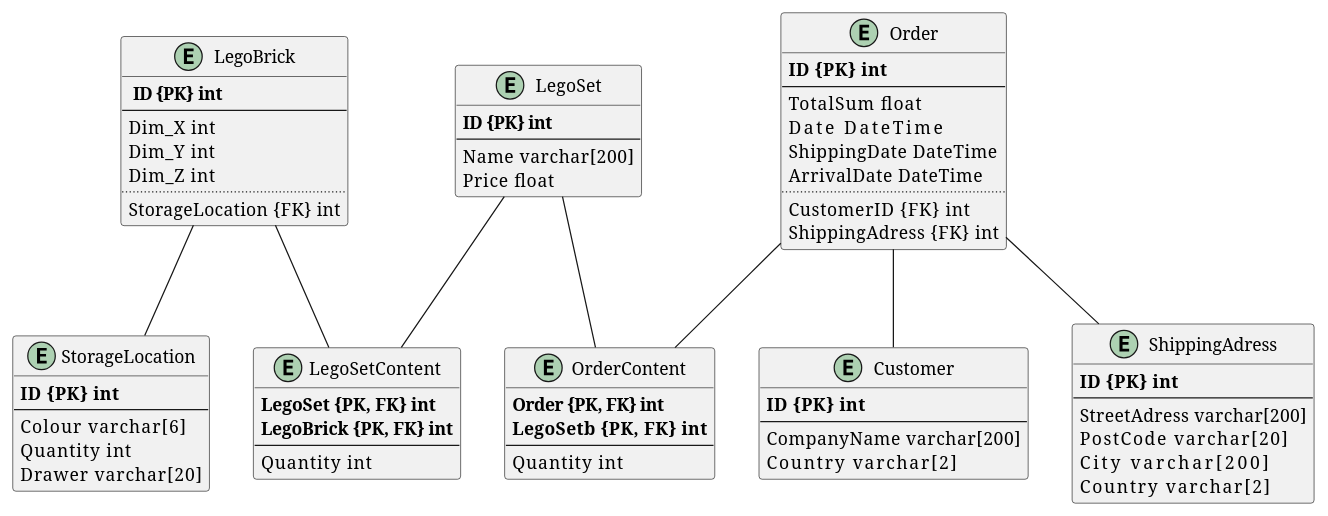
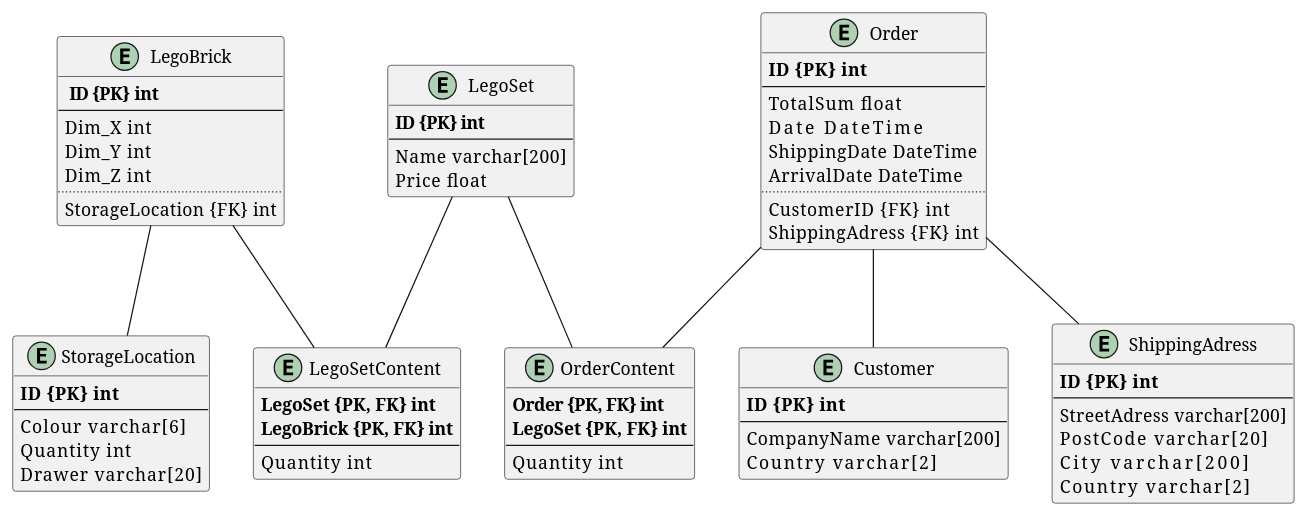
The diagram in figures/Schema.plantuml (s02blom/LegoWebStore), drawn with PlantUML before and after one commit.

Commit message:
Fix spelling mistake

```diff
--- a/figures/Schema.plantuml
+++ b/figures/Schema.plantuml
@@ -1,81 +1,81 @@
 @startuml Schema
 
 entity LegoBrick{
     ** ID {PK}** **int**
     --
     Dim_X   int
     Dim_Y   int
     Dim_Z   int
     ..
     StorageLocation {FK}    int
 }
 
 entity StorageLocation{
     **ID {PK}   int**
     --
     Colour      varchar[6]
     Quantity    int
     Drawer      varchar[20]
 }
 
 entity LegoSet{
     **ID {PK} int**
     --
     Name    varchar[200]
     Price   float
 }
 
 entity Order{
     **ID {PK}   int**
     --
     TotalSum    float
     Date        DateTime
     ShippingDate    DateTime
     ArrivalDate     DateTime
     ..
     CustomerID  {FK}    int
     ShippingAdress {FK}     int
 }
 
 entity Customer{
     **ID {PK}   int**
     --
     CompanyName     varchar[200]
     Country         varchar[2]
 }
 
 
 entity LegoSetContent{
     **LegoSet  {PK, FK} int**
     **LegoBrick {PK, FK}  int**
     --
     Quantity    int 
 }
 
 entity ShippingAdress{
     **ID {PK}   int**
     --
     StreetAdress    varchar[200]
     PostCode        varchar[20]
     City            varchar[200]
     Country         varchar[2]
 }
 
 entity OrderContent{
     **Order {PK, FK} int**
-    **LegoSetb {PK, FK}    int**
+    **LegoSet {PK, FK}  int**
     --
     Quantity    int
 }
 
 LegoBrick -- StorageLocation
 LegoBrick -- LegoSetContent
 
 LegoSet -- LegoSetContent
 LegoSet -- OrderContent
 
 Order -- OrderContent
 Order -- Customer
 Order -- ShippingAdress
 
 @enduml
```
